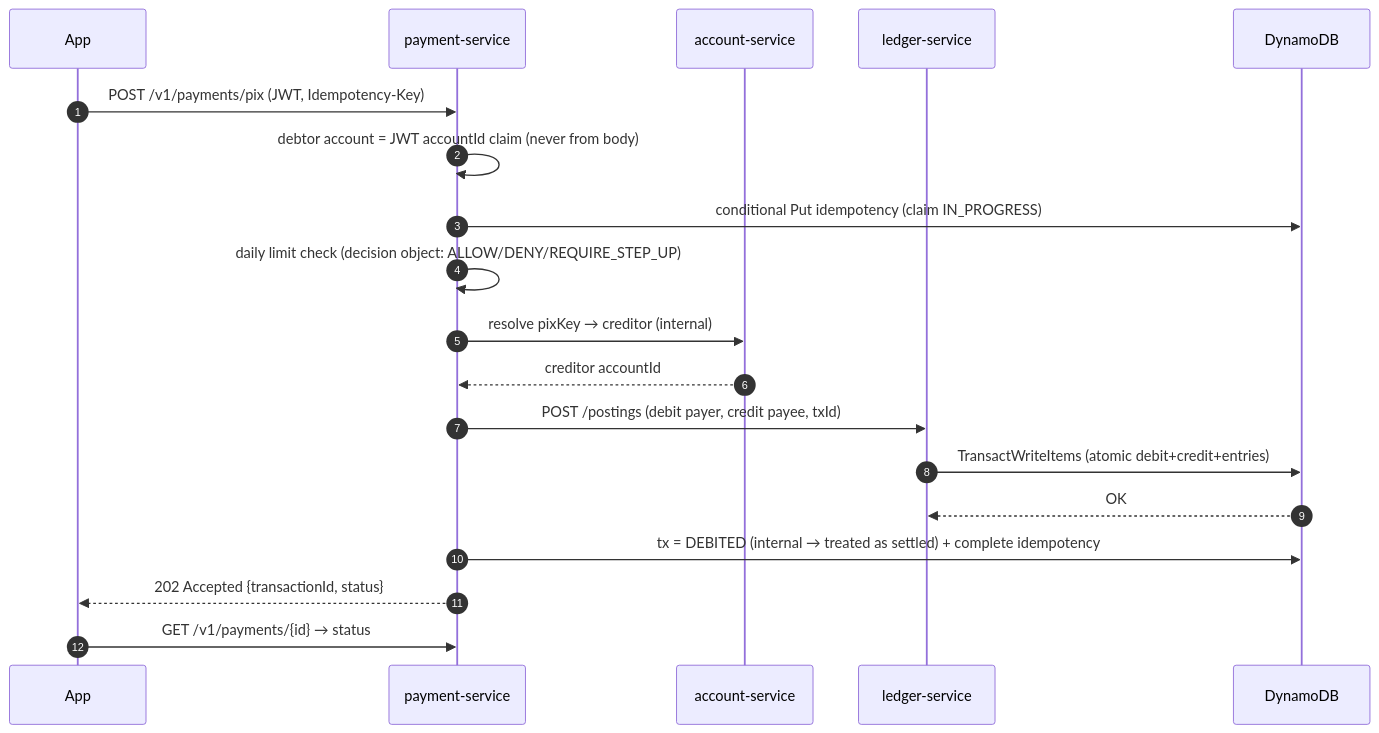
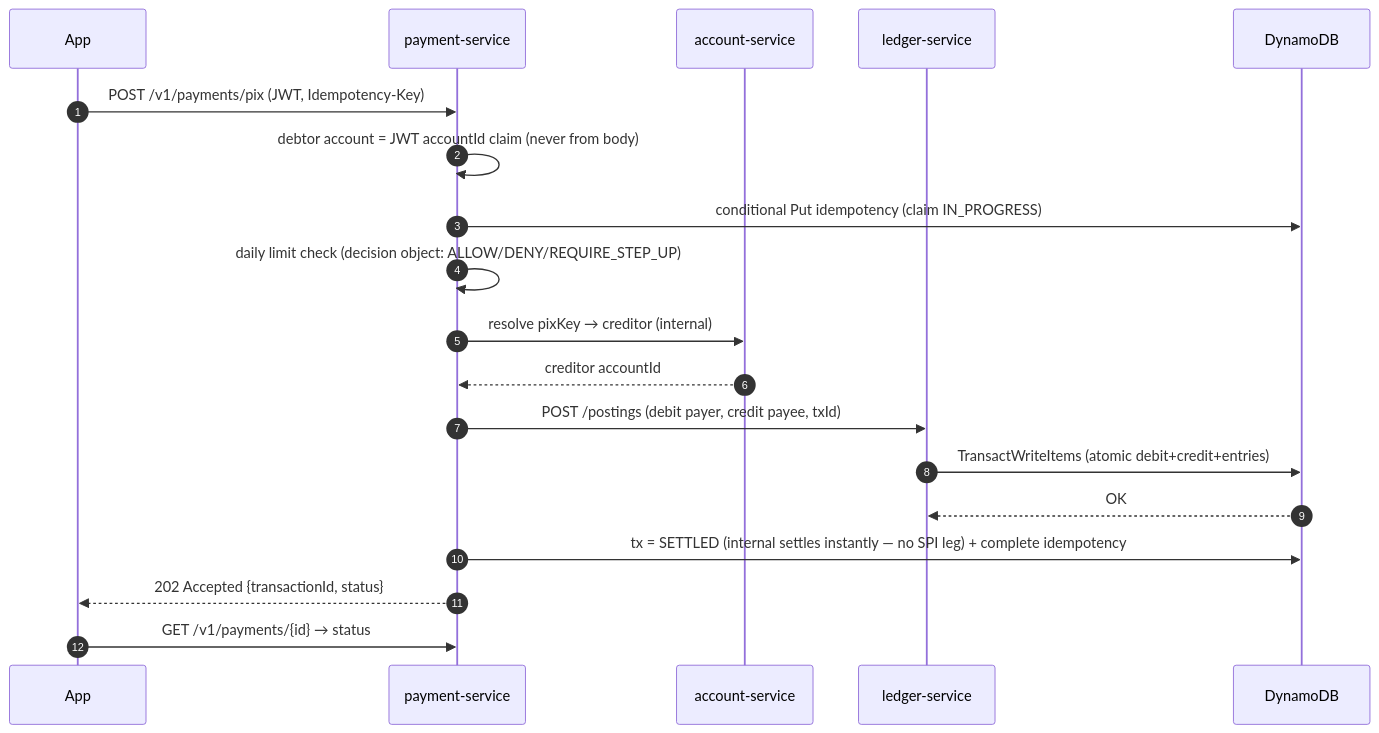
One commit to filiperibolli/platinumcoin-pix changed the seventh of 13 diagrams in ARCHITECTURE.md. Above: the diagram before and after it, drawn with Mermaid. The commit also changed other lines of this file and 25 other files, not shown here.

First line of the commit message:
docs: resolve spec inconsistencies across architecture, data model, API and steps

````diff
--- a/ARCHITECTURE.md
+++ b/ARCHITECTURE.md
@@ -378,21 +382,21 @@
 ```mermaid
 sequenceDiagram
     autonumber
     participant App
     participant PAY as payment-service
     participant ACC as account-service
     participant LED as ledger-service
     participant DDB as DynamoDB
     App->>PAY: POST /v1/payments/pix (JWT, Idempotency-Key)
     PAY->>PAY: debtor account = JWT accountId claim (never from body)
     PAY->>DDB: conditional Put idempotency (claim IN_PROGRESS)
     PAY->>PAY: daily limit check (decision object: ALLOW/DENY/REQUIRE_STEP_UP)
     PAY->>ACC: resolve pixKey → creditor (internal)
     ACC-->>PAY: creditor accountId
     PAY->>LED: POST /postings (debit payer, credit payee, txId)
     LED->>DDB: TransactWriteItems (atomic debit+credit+entries)
     DDB-->>LED: OK
-    PAY->>DDB: tx = DEBITED (internal → treated as settled) + complete idempotency
+    PAY->>DDB: tx = SETTLED (internal settles instantly — no SPI leg) + complete idempotency
     PAY-->>App: 202 Accepted {transactionId, status}
     App->>PAY: GET /v1/payments/{id} → status
 ```
````
